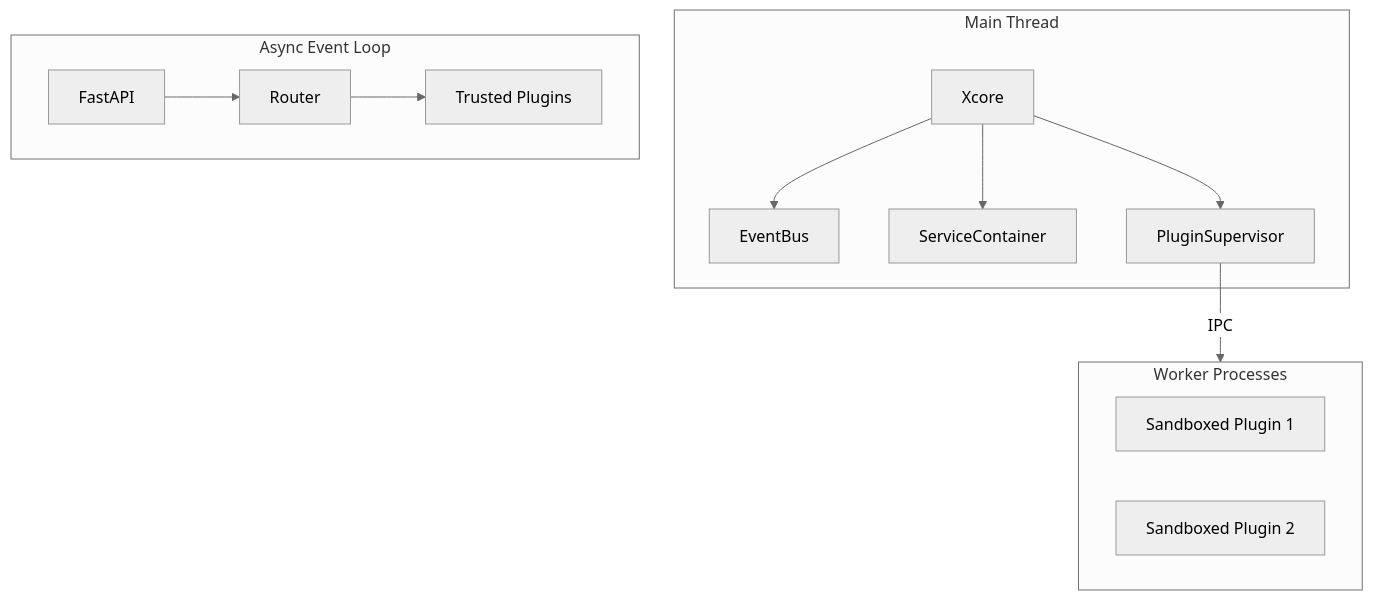
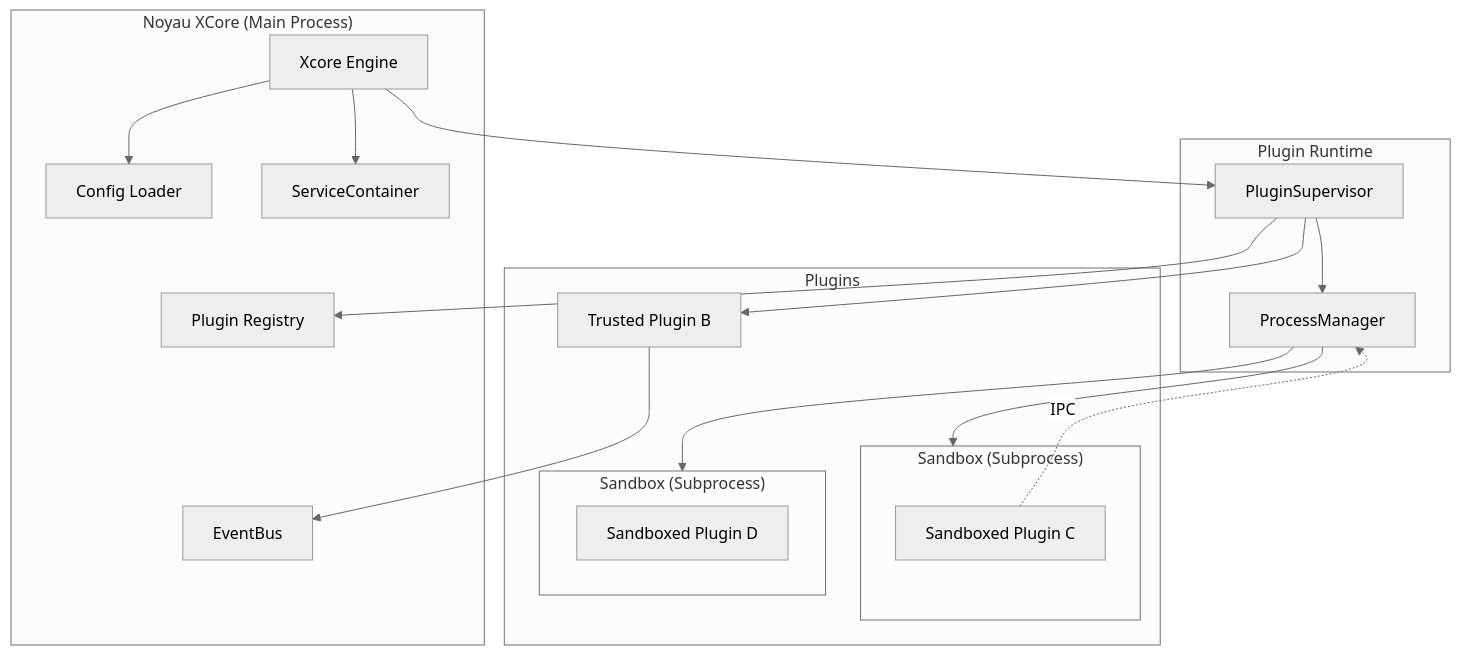
The second of 2 diagrams in doc/architecture/overview.md (traoreera/xcore), drawn with Mermaid (neutral theme) before and after one commit. The commit also changed other lines of this file and 19 other files, not shown here.

````diff
--- a/doc/architecture/overview.md
+++ b/doc/architecture/overview.md
@@ -460,27 +53,39 @@
 ```mermaid
 flowchart TB
-    subgraph Main["Main Thread"]
-        X[Xcore]
-        EB[EventBus]
+    subgraph Core["Noyau XCore (Main Process)"]
+        X[Xcore Engine]
+        Config[Config Loader]
+        Registry[Plugin Registry]
+        Bus[EventBus]
         SC[ServiceContainer]
-        PS[PluginSupervisor]
     end
 
-    subgraph Async["Async Event Loop"]
-        FA[FastAPI]
-        R[Router]
-        Handler[Trusted Plugins]
+    subgraph Runtime["Plugin Runtime"]
+        PS[PluginSupervisor]
+        PM[ProcessManager]
     end
 
-    subgraph Workers["Worker Processes"]
-        W1[Sandboxed Plugin 1]
-        W2[Sandboxed Plugin 2]
+    subgraph Plugins["Plugins"]
+        TP[Trusted Plugin A]
+        TP[Trusted Plugin B]
+
+        subgraph SB1["Sandbox (Subprocess)"]
+            SP1[Sandboxed Plugin C]
+        end
+
+        subgraph SB2["Sandbox (Subprocess)"]
+            SP2[Sandboxed Plugin D]
+        end
     end
 
+    X --> Config
     X --> SC
-    X --> EB
     X --> PS
-    FA --> R
-    R --> Handler
-    PS -->|IPC| Workers
+    PS --> Registry
+    PS --> TP
+    PS --> PM
+    PM --> SB1
+    PM --> SB2
+    TP --> Bus
+    SP1 -.->|IPC| PM
 ```
````
